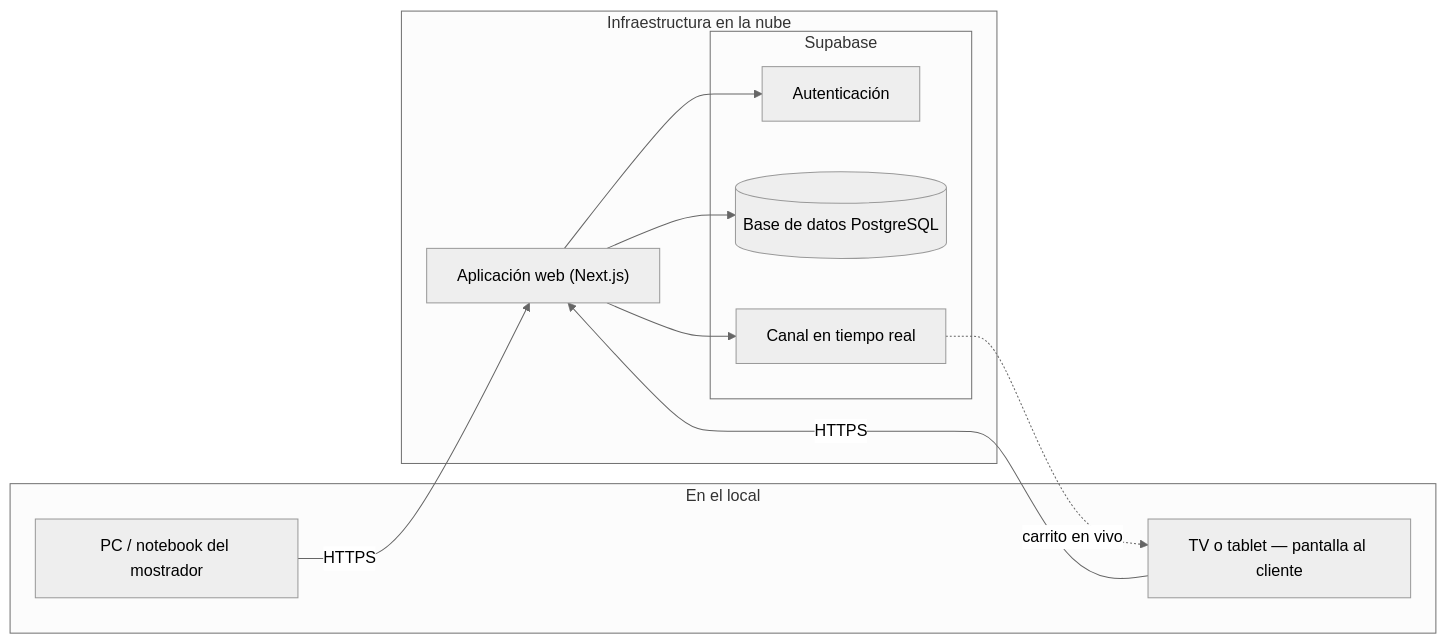
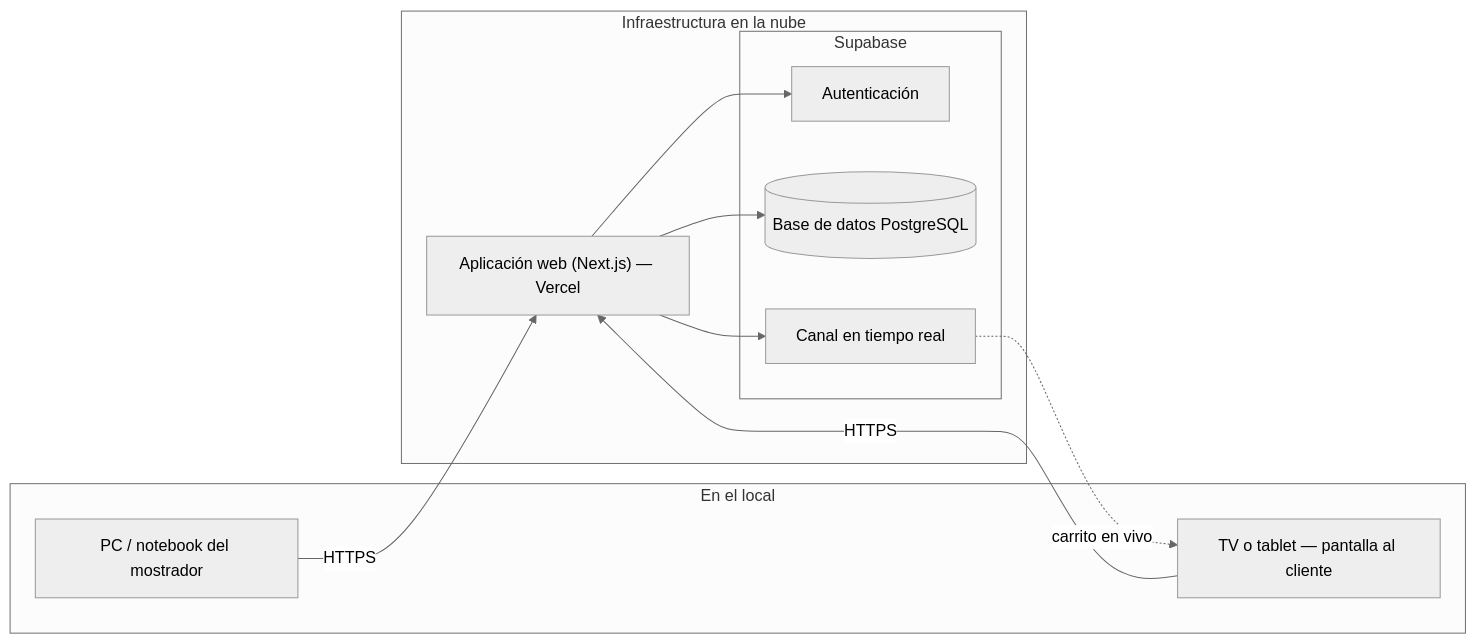
Before and after one commit to enzopazzelli/marlyn-minimarket: the first of 3 diagrams in entregables/informe-tecnico.md, drawn with Mermaid (neutral theme). The commit also changed other lines of this file and 1 other file, not shown here.

````diff
--- a/entregables/informe-tecnico.md
+++ b/entregables/informe-tecnico.md
@@ -29,24 +30,24 @@
 ```mermaid
 flowchart LR
     subgraph Local["En el local"]
         POS["PC / notebook del mostrador"]
         TV["TV o tablet — pantalla al cliente"]
     end
 
     subgraph Nube["Infraestructura en la nube"]
-        APP["Aplicación web (Next.js)"]
+        APP["Aplicación web (Next.js) — Vercel"]
 
         subgraph SB["Supabase"]
             AUTH["Autenticación"]
             DB[("Base de datos PostgreSQL")]
             RT["Canal en tiempo real"]
         end
     end
 
     POS -- "HTTPS" --> APP
     TV -- "HTTPS" --> APP
     APP --> AUTH
     APP --> DB
     APP --> RT
     RT -. "carrito en vivo" .-> TV
 ```
````
